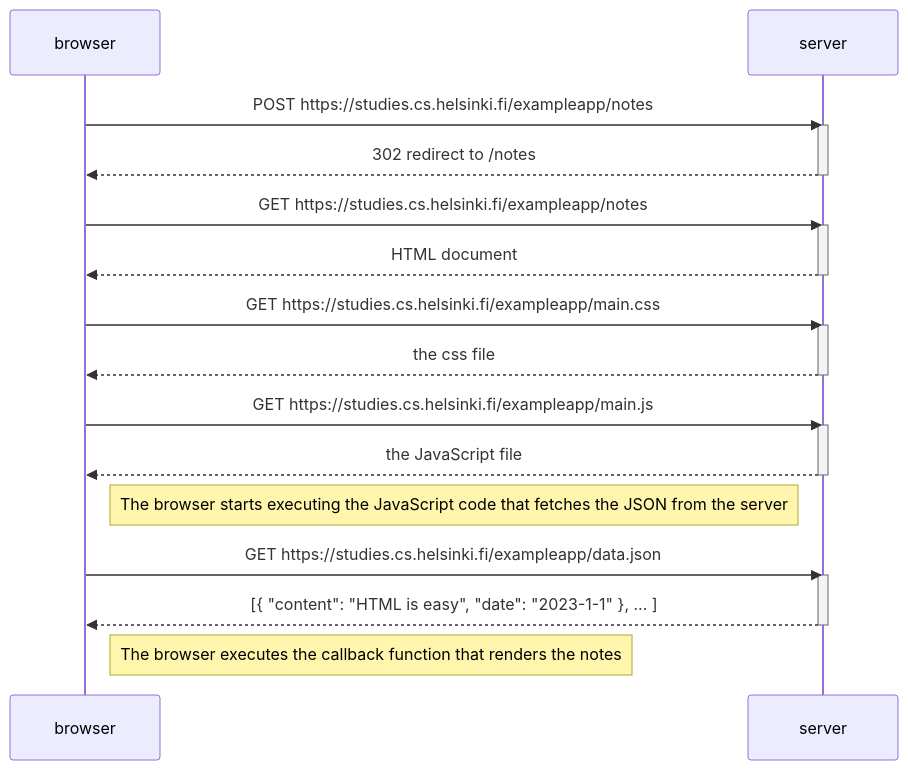
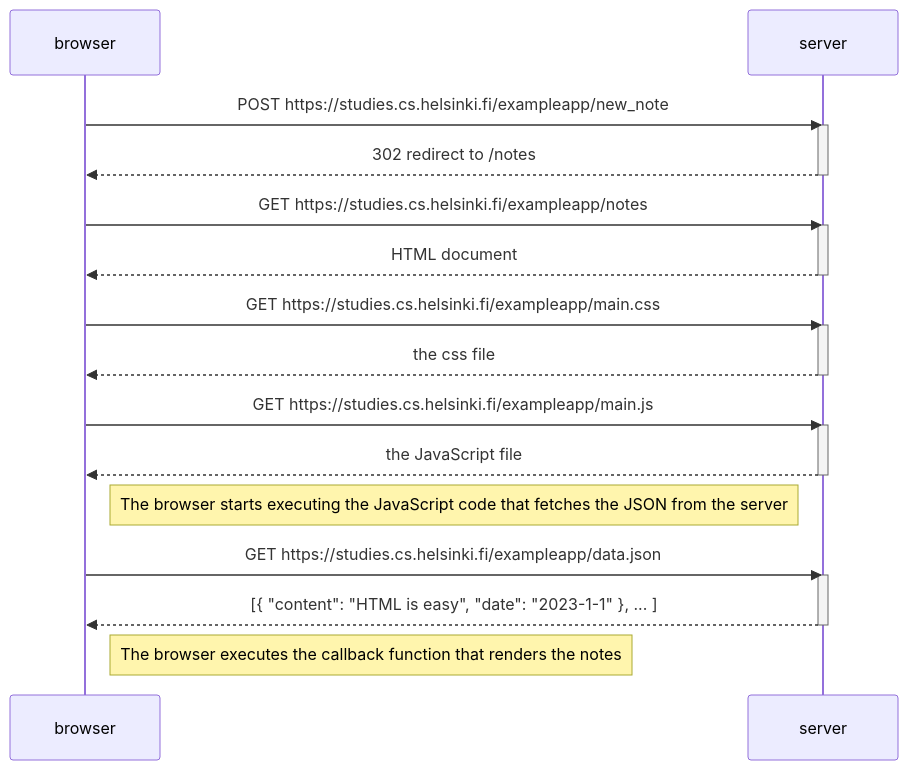
One commit to hanimohamed98/fullstackopen changed the diagram in osa0/0.4.md. Above: the diagram before and after it, drawn with Mermaid.

Commit message:
Update POST request URL in sequence diagram

````diff
--- a/osa0/0.4.md
+++ b/osa0/0.4.md
@@ -1,34 +1,34 @@
 ```mermaid
 sequenceDiagram
     participant browser
     participant server
 
-    browser ->>server: POST https://studies.cs.helsinki.fi/exampleapp/notes
+    browser ->>server: POST https://studies.cs.helsinki.fi/exampleapp/new_note
     activate server
     server-->>browser: 302 redirect to /notes 
     deactivate server
     
     browser->>server: GET https://studies.cs.helsinki.fi/exampleapp/notes
     activate server
     server-->>browser: HTML document
     deactivate server
     
     browser->>server: GET https://studies.cs.helsinki.fi/exampleapp/main.css
     activate server
     server-->>browser: the css file
     deactivate server
     
     browser->>server: GET https://studies.cs.helsinki.fi/exampleapp/main.js
     activate server
     server-->>browser: the JavaScript file
     deactivate server
     
     Note right of browser: The browser starts executing the JavaScript code that fetches the JSON from the server
     
     browser->>server: GET https://studies.cs.helsinki.fi/exampleapp/data.json
     activate server
     server-->>browser: [{ "content": "HTML is easy", "date": "2023-1-1" }, ... ]
     deactivate server    
 
     Note right of browser: The browser executes the callback function that renders the notes 
 ```
````
